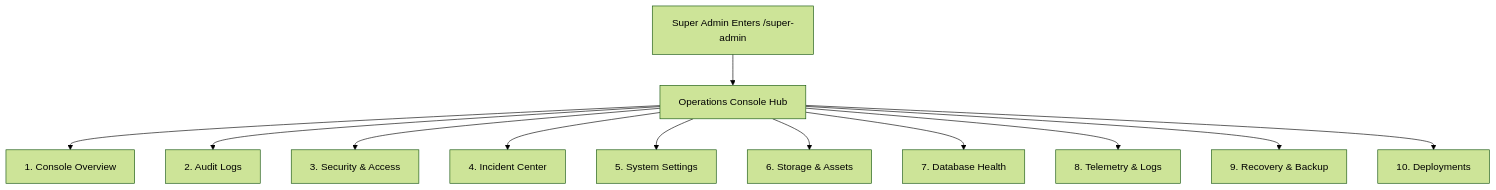
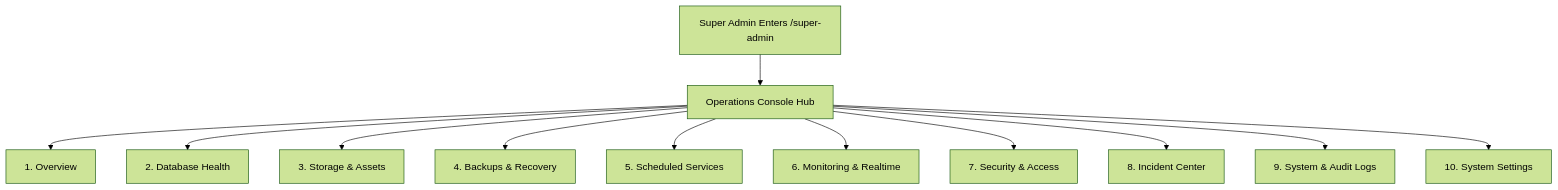
Before and after one commit to OwnerTest-byte/kuventory: the diagram in docs/11_SUPER_ADMIN_OPERATIONS_MANUAL.md, drawn with Mermaid (forest theme). The commit also changed other lines of this file and 33 other files, not shown here.

````diff
--- a/docs/11_SUPER_ADMIN_OPERATIONS_MANUAL.md
+++ b/docs/11_SUPER_ADMIN_OPERATIONS_MANUAL.md
@@ -20,14 +20,14 @@
 ```mermaid
 flowchart TD
     SuperAdminEntry["Super Admin Enters /super-admin"] --> Hub["Operations Console Hub"]
-    Hub --> Tab1["1. Console Overview"]
-    Hub --> Tab2["2. Audit Logs"]
-    Hub --> Tab3["3. Security & Access"]
-    Hub --> Tab4["4. Incident Center"]
-    Hub --> Tab5["5. System Settings"]
-    Hub --> Tab6["6. Storage & Assets"]
-    Hub --> Tab7["7. Database Health"]
-    Hub --> Tab8["8. Telemetry & Logs"]
-    Hub --> Tab9["9. Recovery & Backup"]
-    Hub --> Tab10["10. Deployments"]
+    Hub --> Tab1["1. Overview"]
+    Hub --> Tab2["2. Database Health"]
+    Hub --> Tab3["3. Storage & Assets"]
+    Hub --> Tab4["4. Backups & Recovery"]
+    Hub --> Tab5["5. Scheduled Services"]
+    Hub --> Tab6["6. Monitoring & Realtime"]
+    Hub --> Tab7["7. Security & Access"]
+    Hub --> Tab8["8. Incident Center"]
+    Hub --> Tab9["9. System & Audit Logs"]
+    Hub --> Tab10["10. System Settings"]
 ```
````
